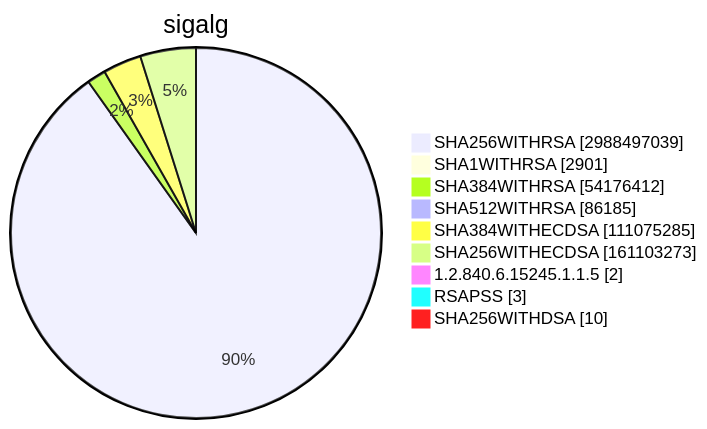
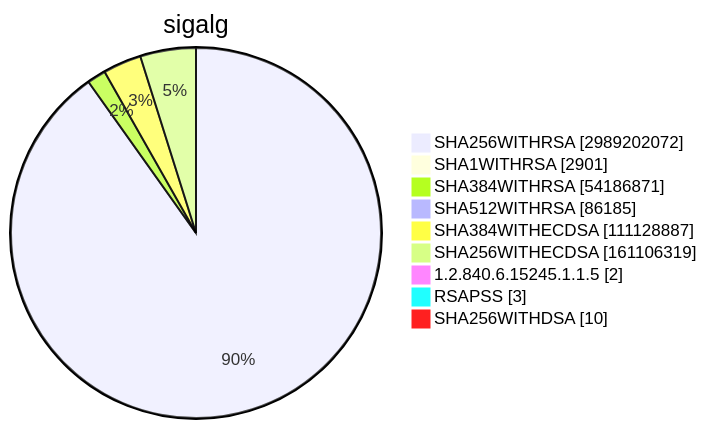
Before and after one commit to christiankrug/ctmonitor_visualization: diagram 15 of 15 in TOTAL/README.md, drawn with Mermaid. The commit also changed other lines of this file, not shown here.

````diff
--- a/TOTAL/README.md
+++ b/TOTAL/README.md
@@ -6208,13 +6208,13 @@
 ```mermaid
 pie showData
 title sigalg
-"SHA256WITHRSA" :2988497039
+"SHA256WITHRSA" :2989202072
 "SHA1WITHRSA" :2901
-"SHA384WITHRSA" :54176412
+"SHA384WITHRSA" :54186871
 "SHA512WITHRSA" :86185
-"SHA384WITHECDSA" :111075285
-"SHA256WITHECDSA" :161103273
+"SHA384WITHECDSA" :111128887
+"SHA256WITHECDSA" :161106319
 "1.2.840.6.15245.1.1.5" :2
 "RSAPSS" :3
 "SHA256WITHDSA" :10
 ```
````
